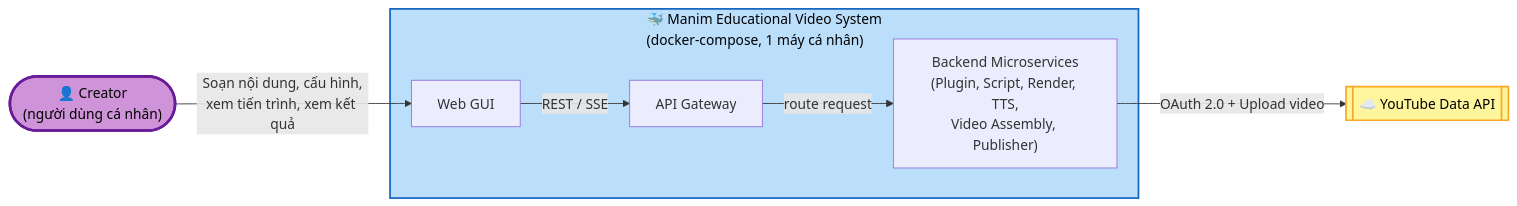
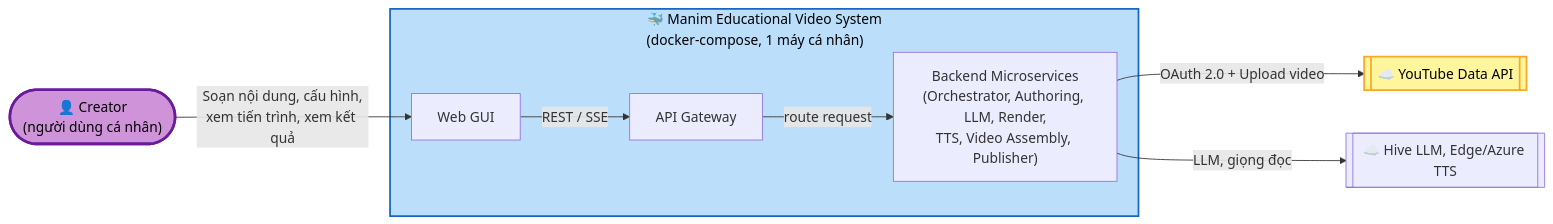
The diagram in aidlc-docs/inception/high-level-design/system-context.md (ngoc31031997/ConceptFlow), drawn with Mermaid before and after one commit. The commit also changed other lines of this file and 90 other files, not shown here.

````diff
--- a/aidlc-docs/inception/high-level-design/system-context.md
+++ b/aidlc-docs/inception/high-level-design/system-context.md
@@ -16,21 +18,23 @@
 ```mermaid
 flowchart LR
     Creator(["👤 Creator<br/>(người dùng cá nhân)"])
 
     subgraph System["🐳 Manim Educational Video System<br/>(docker-compose, 1 máy cá nhân)"]
         GUI["Web GUI"]
         GW["API Gateway"]
-        Services["Backend Microservices<br/>(Plugin, Script, Render, TTS,<br/>Video Assembly, Publisher)"]
+        Services["Backend Microservices<br/>(Orchestrator, Authoring, LLM, Render,<br/>TTS, Video Assembly, Publisher)"]
     end
 
     YouTube[["☁️ YouTube Data API"]]
+    Cloud[["☁️ Hive LLM, Edge/Azure TTS"]]
 
     Creator -- "Soạn nội dung, cấu hình,<br/>xem tiến trình, xem kết quả" --> GUI
     GUI -- "REST / SSE" --> GW
     GW -- "route request" --> Services
     Services -- "OAuth 2.0 + Upload video" --> YouTube
+    Services -- "LLM, giọng đọc" --> Cloud
 
     style Creator fill:#CE93D8,stroke:#6A1B9A,stroke-width:3px,color:#000
     style YouTube fill:#FFF59D,stroke:#F9A825,stroke-width:2px,color:#000
     style System fill:#BBDEFB,stroke:#1565C0,stroke-width:2px,color:#000
 ```
````
